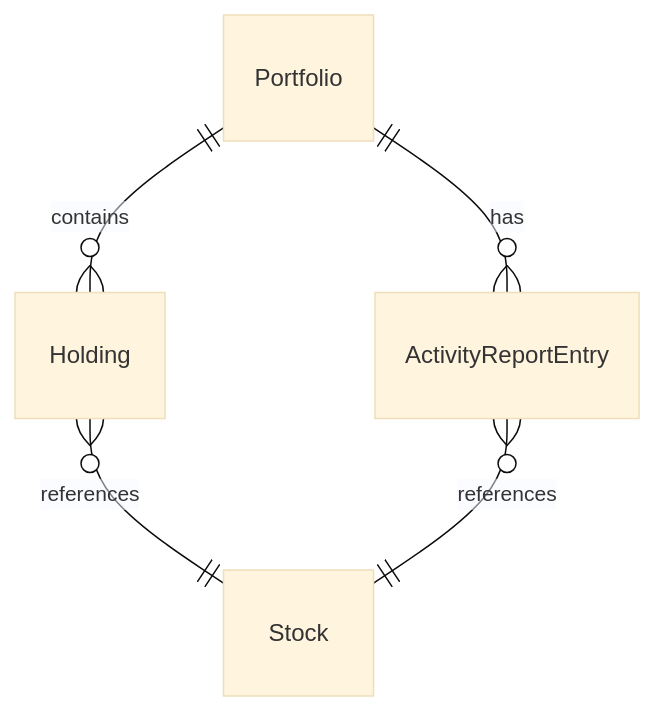
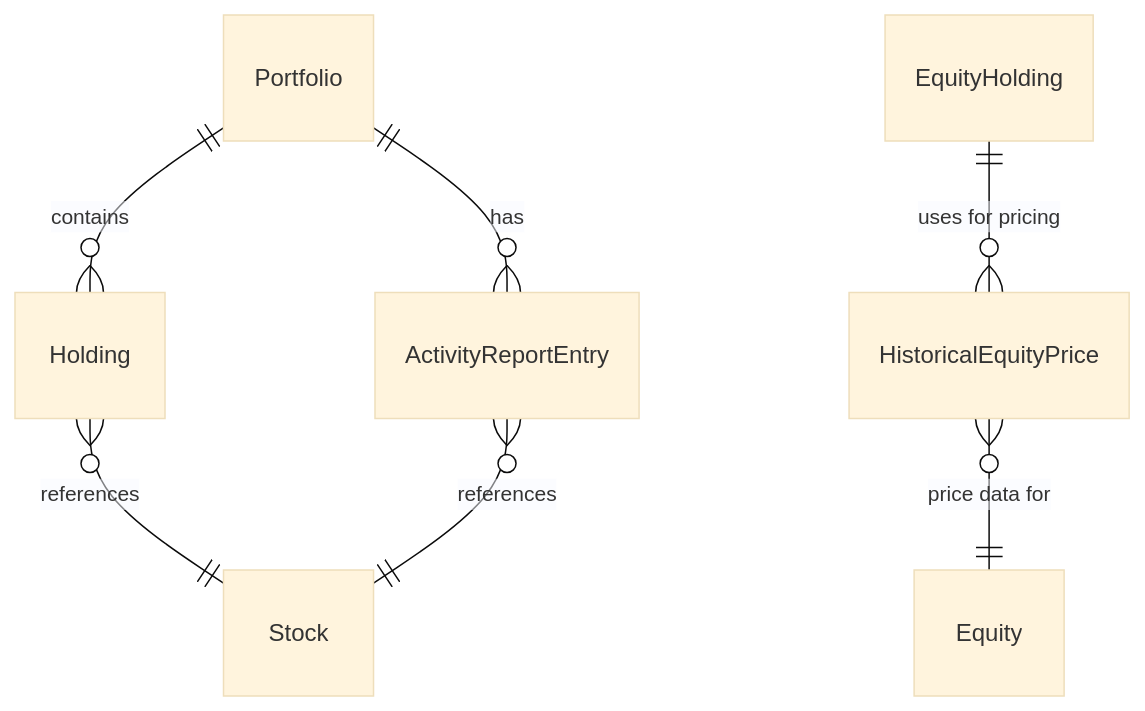
The diagram in docs/domain/portfolio.md (slmyers/portfolio_tracker), drawn with Mermaid (base theme) before and after one commit. The commit also changed other lines of this file and 16 other files, not shown here.

````diff
--- a/docs/domain/portfolio.md
+++ b/docs/domain/portfolio.md
@@ -40,7 +40,9 @@
 ```mermaid
 erDiagram
     Portfolio ||--o{ Holding : contains
     Portfolio ||--o{ ActivityReportEntry : has
     Holding }o--|| Stock : references
     ActivityReportEntry }o--|| Stock : references
+    EquityHolding ||--o{ HistoricalEquityPrice : "uses for pricing"
+    HistoricalEquityPrice }o--|| Equity : "price data for"
 ```
````
